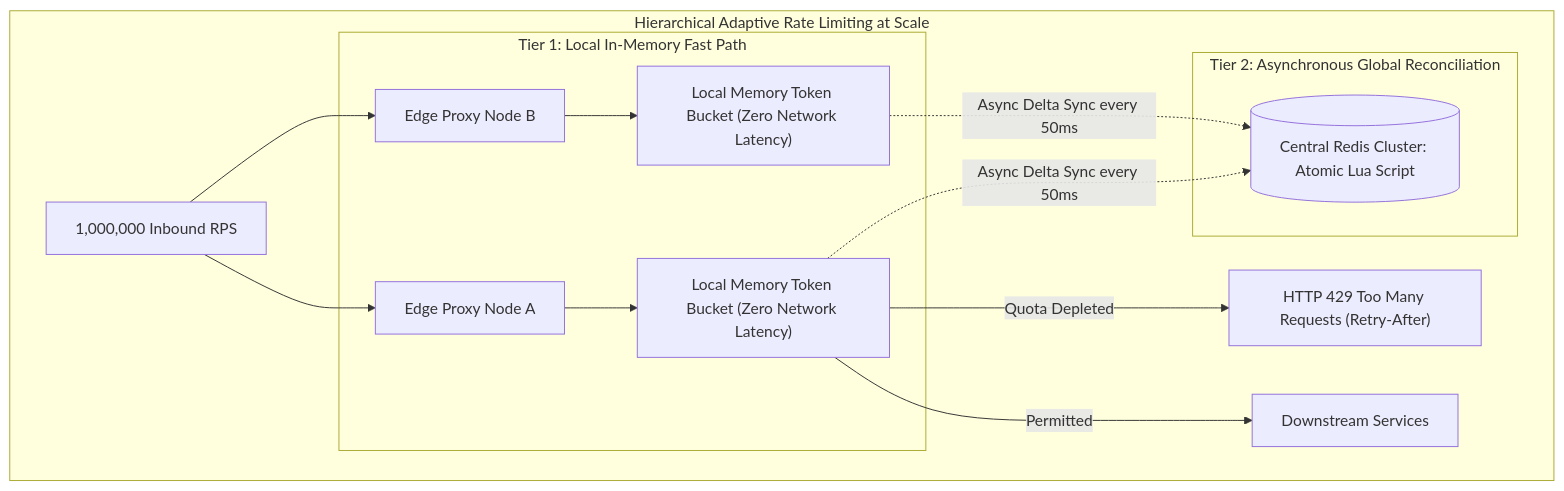
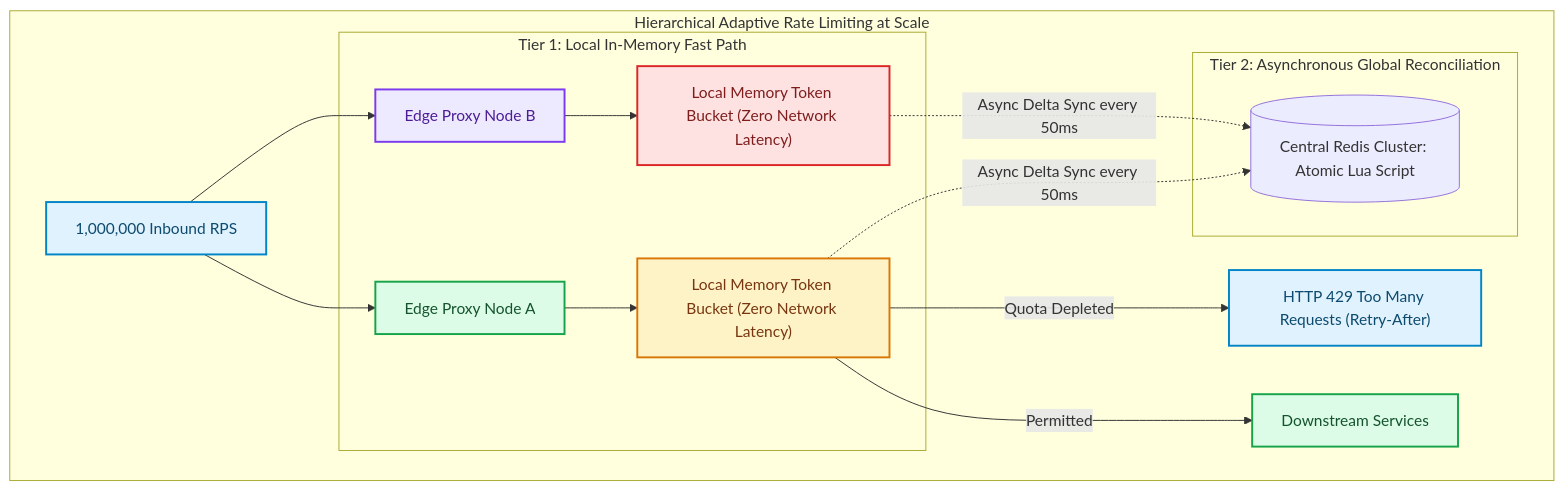
Before and after one commit to akmalkhaniub/akmalkhaniub.github.io: the first of 3 diagrams in blog/posts/adaptive-rate-limiting-1m-rps-token-bucket-sliding-window-redis.md, drawn with Mermaid. The commit also changed other lines of this file and 1291 other files, not shown here.

First line of the commit message:
feat(catalog): unique covers, scholarly references, and diagram palettes

````diff
--- a/blog/posts/adaptive-rate-limiting-1m-rps-token-bucket-sliding-window-redis.md
+++ b/blog/posts/adaptive-rate-limiting-1m-rps-token-bucket-sliding-window-redis.md
@@ -11,19 +11,30 @@
 ```mermaid
 flowchart TD
   subgraph SG1_HierarchicalAdaptiveRate ["Hierarchical Adaptive Rate Limiting at Scale"]
-    Traffic[1,000,000 Inbound RPS] --> Proxy1[Edge Proxy Node A]
-    Traffic --> Proxy2[Edge Proxy Node B]
+    Traffic["1,000,000 Inbound RPS"] --> Proxy1["Edge Proxy Node A"]
+    Traffic --> Proxy2["Edge Proxy Node B"]
     
     subgraph SG2_Tier1Local ["Tier 1: Local In-Memory Fast Path"]
       Proxy1 --> Bucket1["Local Memory Token Bucket (Zero Network Latency)"]
       Proxy2 --> Bucket2["Local Memory Token Bucket (Zero Network Latency)"]
     end
     
     subgraph SG3_Tier2Asynchronous ["Tier 2: Asynchronous Global Reconciliation"]
       Bucket1 & Bucket2 -.->|Async Delta Sync every 50ms| RedisCluster[(Central Redis Cluster: Atomic Lua Script)]
     end
     
     Bucket1 -->|Quota Depleted| Reject429["HTTP 429 Too Many Requests (Retry-After)"]
     Bucket1 -->|Permitted| Upstream["Downstream Services"]
   end
+
+classDef green fill:#dcfce7,stroke:#16a34a,stroke-width:2px,color:#14532d;
+classDef red fill:#fee2e2,stroke:#dc2626,stroke-width:2px,color:#7f1d1d;
+classDef blue fill:#e0f2fe,stroke:#0284c7,stroke-width:2px,color:#0c4a6e;
+classDef yellow fill:#fef3c7,stroke:#d97706,stroke-width:2px,color:#78350f;
+classDef purple fill:#ede9fe,stroke:#7c3aed,stroke-width:2px,color:#4c1d95;
+class Traffic,Reject429 blue
+class Proxy1,Upstream green
+class Proxy2 purple
+class Bucket1 yellow
+class Bucket2 red
 ```
````
